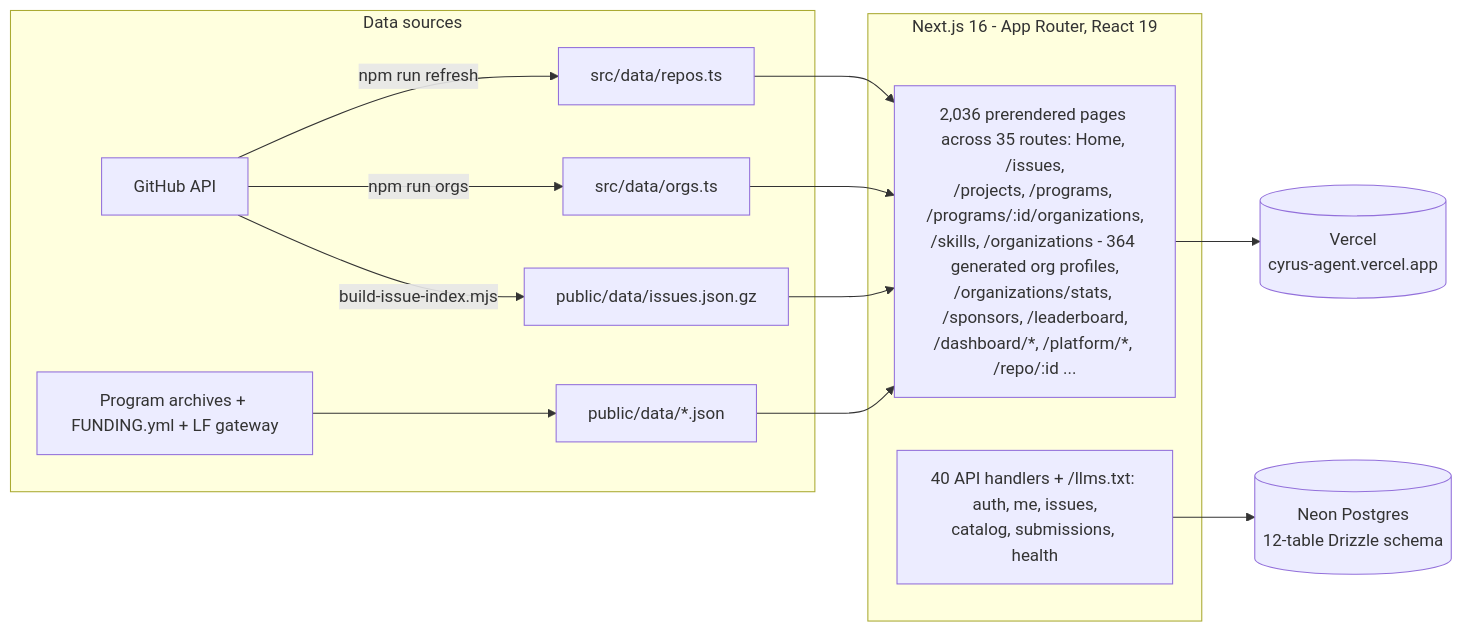
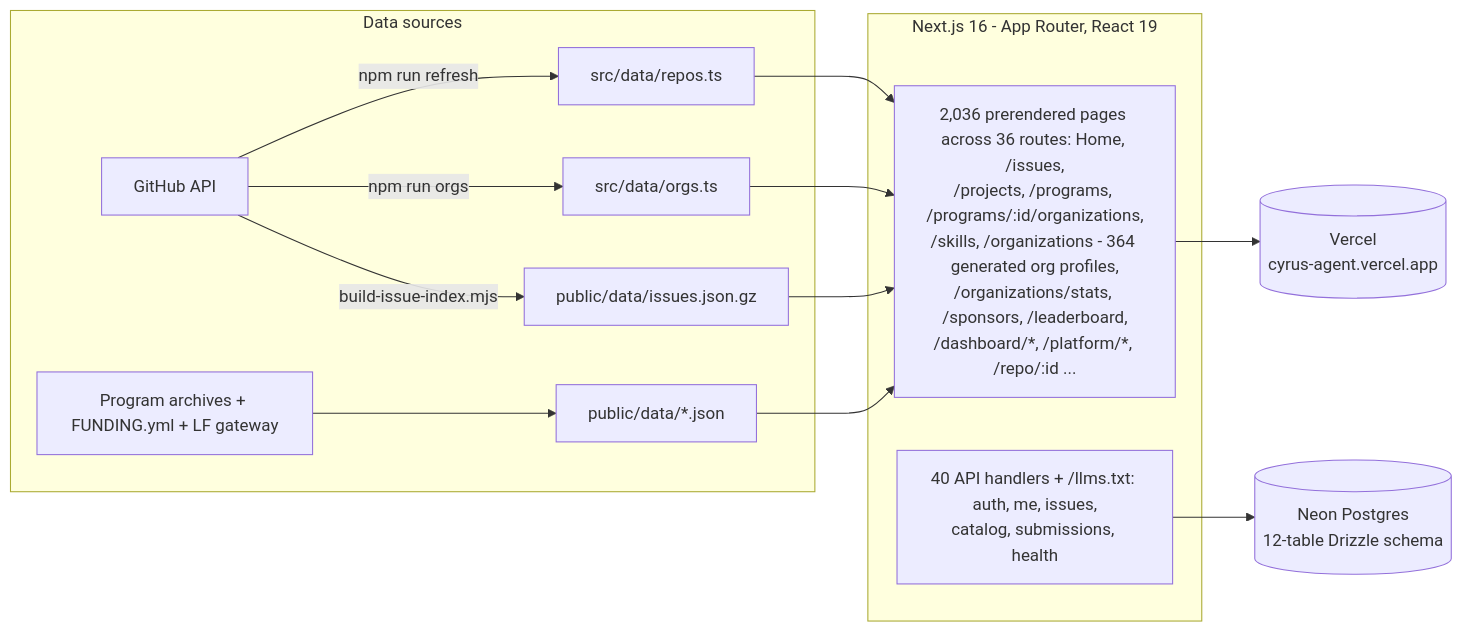
Before and after one commit to adityalenova/cyrus: the second of 2 diagrams in README.md, drawn with Mermaid. The commit also changed other lines of this file and 6 other files, not shown here.

First line of the commit message:
feat(platform): add an API usage dashboard over measured requests (#191) (#580)

````diff
--- a/README.md
+++ b/README.md
@@ -352,15 +352,15 @@
 ```mermaid
 flowchart LR
     subgraph sources [Data sources]
         GH[GitHub API] -->|npm run refresh| D1[src/data/repos.ts]
         GH -->|npm run orgs| D2[src/data/orgs.ts]
         GH -->|build-issue-index.mjs| D3[public/data/issues.json.gz]
         SOC[Program archives + FUNDING.yml + LF gateway] --> D4[public/data/*.json]
     end
     subgraph app [Next.js 16 - App Router, React 19]
-        D1 & D2 & D3 & D4 --> PAGES[2,036 prerendered pages across 35 routes: Home, /issues,<br/>/projects, /programs, /programs/:id/organizations,<br/>/skills, /organizations - 364 generated org profiles,<br/>/organizations/stats, /sponsors, /leaderboard,<br/>/dashboard/*, /platform/*, /repo/:id ...]
+        D1 & D2 & D3 & D4 --> PAGES[2,036 prerendered pages across 36 routes: Home, /issues,<br/>/projects, /programs, /programs/:id/organizations,<br/>/skills, /organizations - 364 generated org profiles,<br/>/organizations/stats, /sponsors, /leaderboard,<br/>/dashboard/*, /platform/*, /repo/:id ...]
         API[40 API handlers + /llms.txt: auth, me, issues,<br/>catalog, submissions, health]
     end
     PAGES --> V[(Vercel<br/>cyrus-agent.vercel.app)]
     API --> DB[(Neon Postgres<br/>12-table Drizzle schema)]
 ```
````
